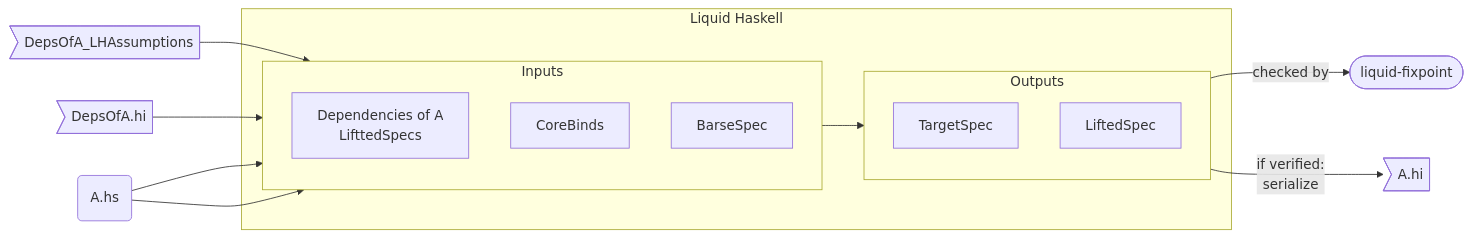
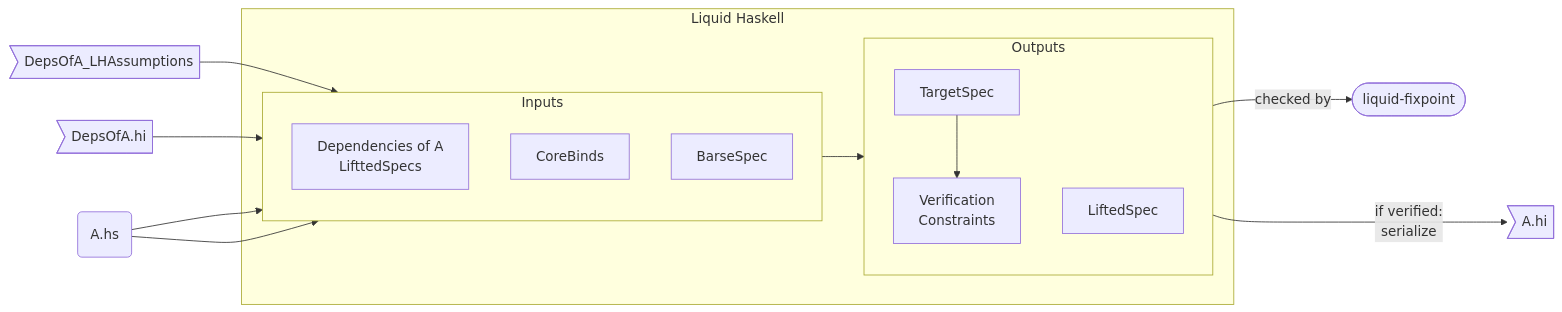
One commit to ucsd-progsys/liquidhaskell changed the diagram in README.md. Above: the diagram before and after it, drawn with Mermaid.

Commit message:
add verification constraints node + some renaming

````diff
--- a/README.md
+++ b/README.md
@@ -341,31 +341,32 @@
 ```mermaid
 flowchart LR
   subgraph Liquid Haskell
 
     subgraph Inputs
       direction TB
-      H[
+      LiftedDeps[
         Dependencies of A
         LifttedSpecs
         ]
-      C[CoreBinds]
-      B[BarseSpec]
+      CoreBinds[CoreBinds]
+      Bare[BarseSpec]
     end
 
     subgraph Outputs
       direction TB
-      T[TargetSpec]
+      T[TargetSpec] --> Constraints[Verification
+                                    Constraints]
       L[LiftedSpec]
     end
 
     Inputs --> Outputs
 
   end
 
-  A>DepsOfA_LHAssumptions] --> H 
-  Deps>DepsOfA.hi] --> H
-  Mod(A.hs) --> C & B
-  T -->|checked by| fixpoint([liquid-fixpoint])
-  L --> |if verified:
+  A>DepsOfA_LHAssumptions] --> LiftedDeps
+  Deps>DepsOfA.hi] --> LiftedDeps
+  Mod(A.hs) --> CoreBinds & Bare
+  Constraints -->|checked by| fixpoint([liquid-fixpoint])
+  L ---> |if verified:
            serialize| File>A.hi]
-  ```
+```
````
